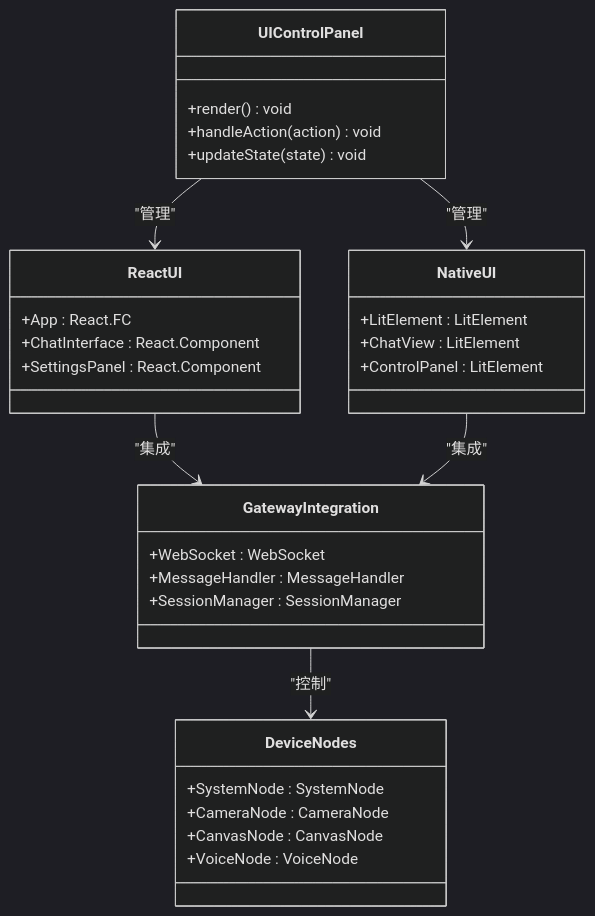
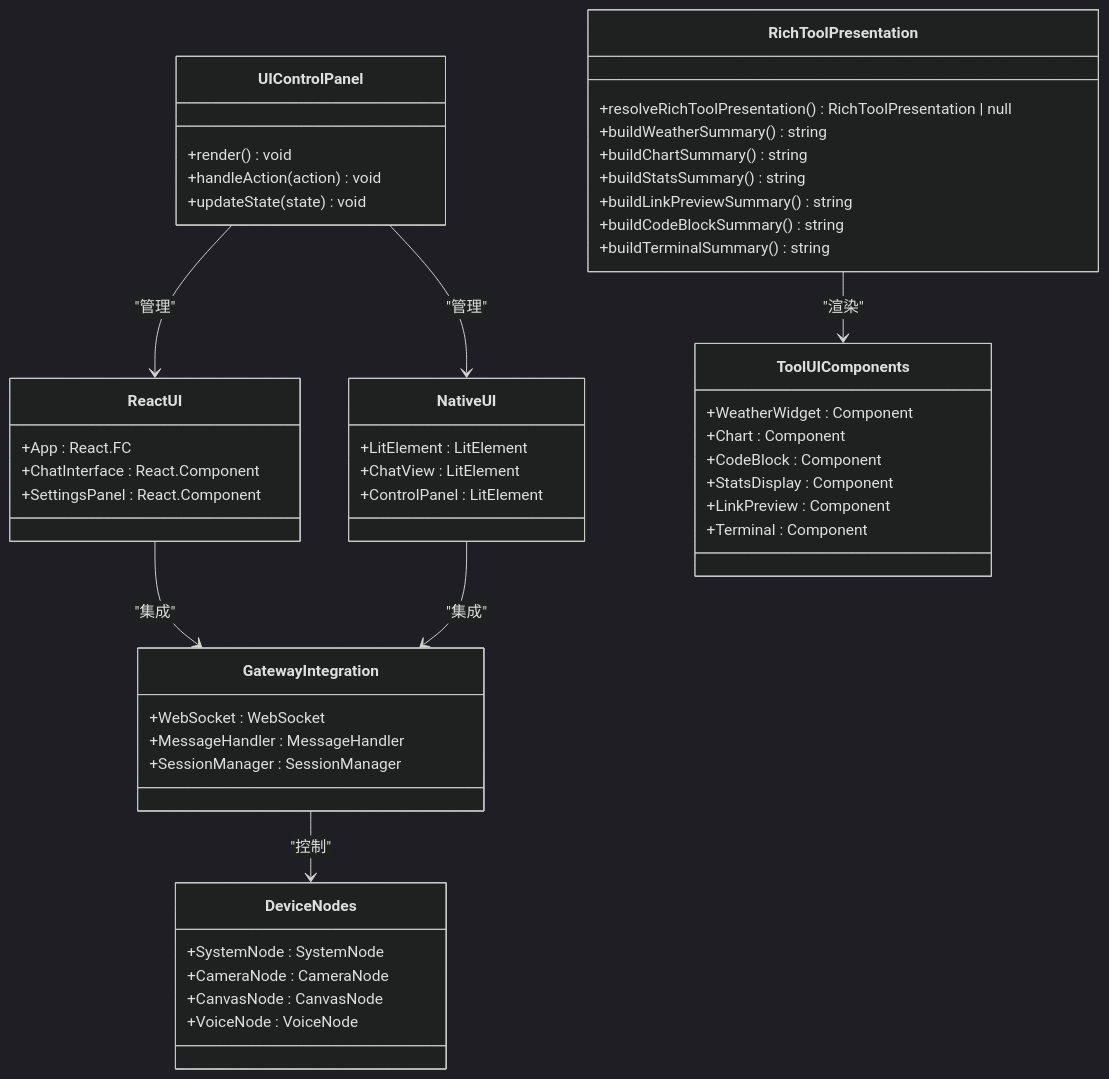
One commit to verse-ai-org/openclaw changed the second of 13 diagrams in .qoder/repowiki/zh/content/Web界面/UI组件系统/工具UI组件/富工具UI基础设施.md. Above: the diagram before and after it, drawn with Mermaid (dark theme). The commit also changed other lines of this file and 55 other files, not shown here.

````diff
--- a/.qoder/repowiki/zh/content/Web界面/UI组件系统/工具UI组件/富工具UI基础设施.md
+++ b/.qoder/repowiki/zh/content/Web界面/UI组件系统/工具UI组件/富工具UI基础设施.md
@@ -98,34 +125,52 @@
 ```mermaid
 classDiagram
 class UIControlPanel {
 +render() void
 +handleAction(action) void
 +updateState(state) void
 }
 class ReactUI {
 +App : React.FC
 +ChatInterface : React.Component
 +SettingsPanel : React.Component
 }
 class NativeUI {
 +LitElement : LitElement
 +ChatView : LitElement
 +ControlPanel : LitElement
 }
 class GatewayIntegration {
 +WebSocket : WebSocket
 +MessageHandler : MessageHandler
 +SessionManager : SessionManager
 }
 class DeviceNodes {
 +SystemNode : SystemNode
 +CameraNode : CameraNode
 +CanvasNode : CanvasNode
 +VoiceNode : VoiceNode
 }
+class RichToolPresentation {
++resolveRichToolPresentation() RichToolPresentation | null
++buildWeatherSummary() string
++buildChartSummary() string
++buildStatsSummary() string
++buildLinkPreviewSummary() string
++buildCodeBlockSummary() string
++buildTerminalSummary() string
+}
+class ToolUIComponents {
++WeatherWidget : Component
++Chart : Component
++CodeBlock : Component
++StatsDisplay : Component
++LinkPreview : Component
++Terminal : Component
+}
 ReactUI --> GatewayIntegration : "集成"
 NativeUI --> GatewayIntegration : "集成"
 GatewayIntegration --> DeviceNodes : "控制"
 UIControlPanel --> ReactUI : "管理"
 UIControlPanel --> NativeUI : "管理"
+RichToolPresentation --> ToolUIComponents : "渲染"
 ```
````
